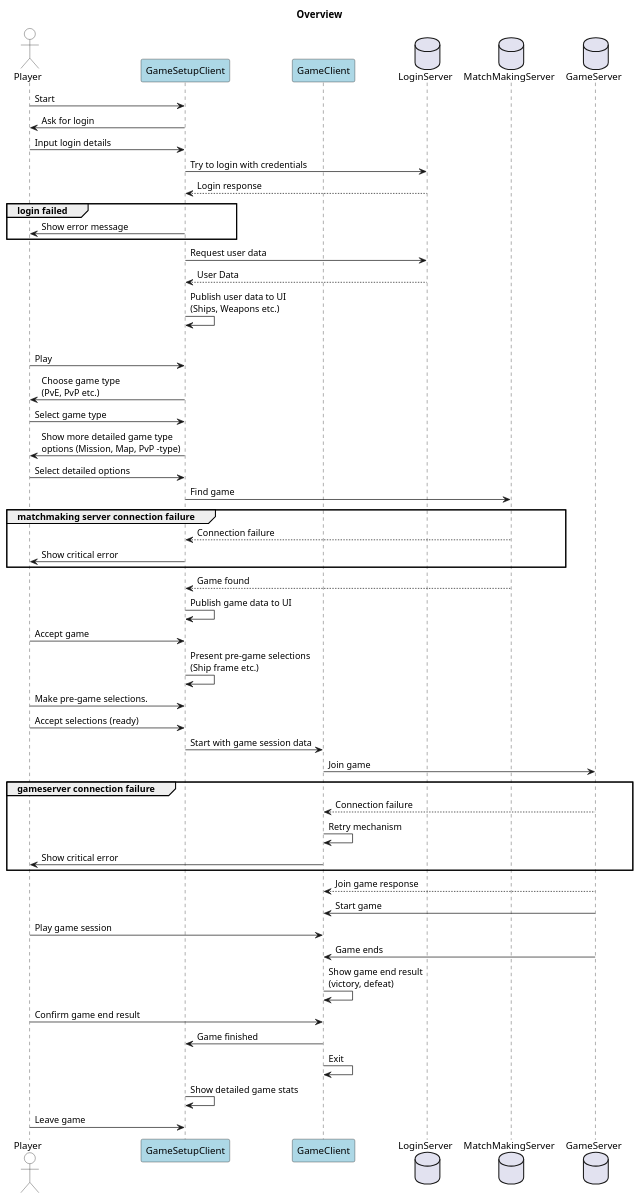
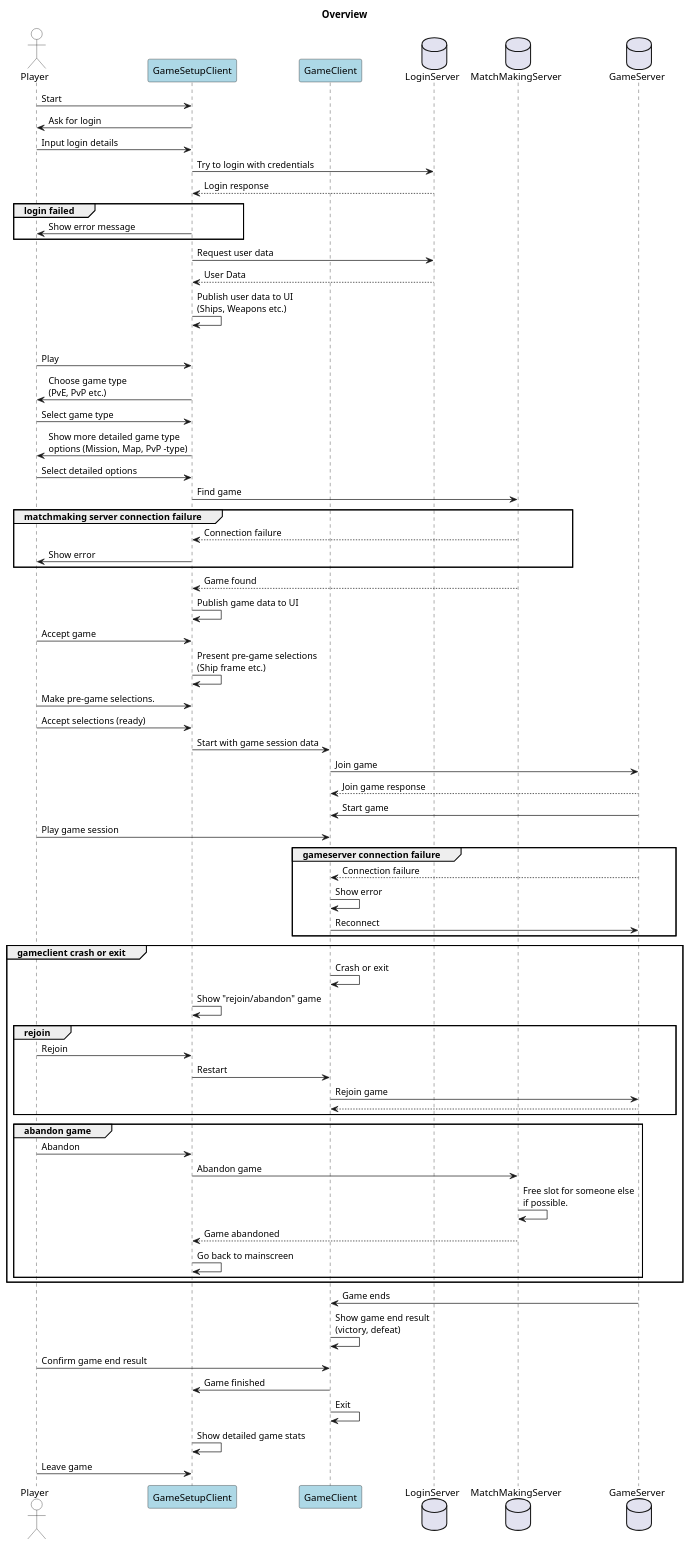
One commit to gomsu/aw-moba-docs changed the diagram in diagrams/overview.puml. Above: the diagram before and after it, drawn with PlantUML.

Commit message:
Add abandon and rejoin, refine some stuff

```diff
--- a/diagrams/overview.puml
+++ b/diagrams/overview.puml
@@ -1,55 +1,72 @@
 @startuml
 title Overview
 actor Player #white
 participant GameSetupClient #lightblue
 participant GameClient #lightblue
 database LoginServer
 database MatchMakingServer
 database GameServer
 
 Player -> GameSetupClient : Start
 GameSetupClient -> Player : Ask for login
 Player -> GameSetupClient : Input login details
 GameSetupClient -> LoginServer : Try to login with credentials
 LoginServer --> GameSetupClient : Login response
 group login failed
 GameSetupClient -> Player : Show error message
 end group
 GameSetupClient -> LoginServer : Request user data
 LoginServer --> GameSetupClient : User Data
 GameSetupClient -> GameSetupClient : Publish user data to UI\n(Ships, Weapons etc.)
 group
 Player -> GameSetupClient : Play
 GameSetupClient -> Player : Choose game type\n(PvE, PvP etc.)
 Player -> GameSetupClient : Select game type
 GameSetupClient -> Player : Show more detailed game type\noptions (Mission, Map, PvP -type)
 Player -> GameSetupClient : Select detailed options
 GameSetupClient -> MatchMakingServer : Find game
 group matchmaking server connection failure
 MatchMakingServer --> GameSetupClient : Connection failure
-GameSetupClient -> Player : Show critical error
+GameSetupClient -> Player : Show error
 end group
 MatchMakingServer --> GameSetupClient : Game found
 GameSetupClient -> GameSetupClient : Publish game data to UI
 Player -> GameSetupClient : Accept game
 GameSetupClient -> GameSetupClient : Present pre-game selections\n(Ship frame etc.)
 Player -> GameSetupClient : Make pre-game selections.
 Player -> GameSetupClient : Accept selections (ready)
 GameSetupClient -> GameClient : Start with game session data
 GameClient -> GameServer : Join game
-group gameserver connection failure
-GameServer --> GameClient : Connection failure
-GameClient -> GameClient : Retry mechanism
-GameClient -> Player : Show critical error
-end group
 GameServer --> GameClient : Join game response
 GameServer -> GameClient : Start game
 Player -> GameClient : Play game session
+group gameserver connection failure
+GameServer --> GameClient : Connection failure
+GameClient -> GameClient : Show error
+GameClient -> GameServer : Reconnect
+end group
+group gameclient crash or exit
+GameClient -> GameClient : Crash or exit
+GameSetupClient -> GameSetupClient : Show "rejoin/abandon" game
+group rejoin
+Player -> GameSetupClient : Rejoin
+GameSetupClient -> GameClient : Restart
+GameClient -> GameServer : Rejoin game
+GameServer --> GameClient
+end group
+group abandon game
+Player -> GameSetupClient : Abandon
+GameSetupClient -> MatchMakingServer : Abandon game
+MatchMakingServer -> MatchMakingServer : Free slot for someone else\nif possible.
+MatchMakingServer --> GameSetupClient : Game abandoned
+GameSetupClient -> GameSetupClient : Go back to mainscreen
+end group
+end group
 GameServer -> GameClient : Game ends
 GameClient -> GameClient : Show game end result\n(victory, defeat)
 Player -> GameClient : Confirm game end result
 GameClient -> GameSetupClient : Game finished
 GameClient -> GameClient : Exit
 GameSetupClient -> GameSetupClient : Show detailed game stats
 Player -> GameSetupClient : Leave game
 @enduml
```
